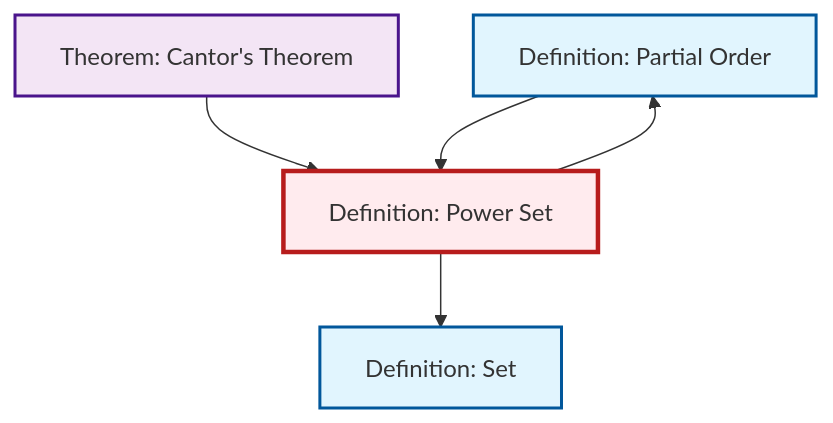
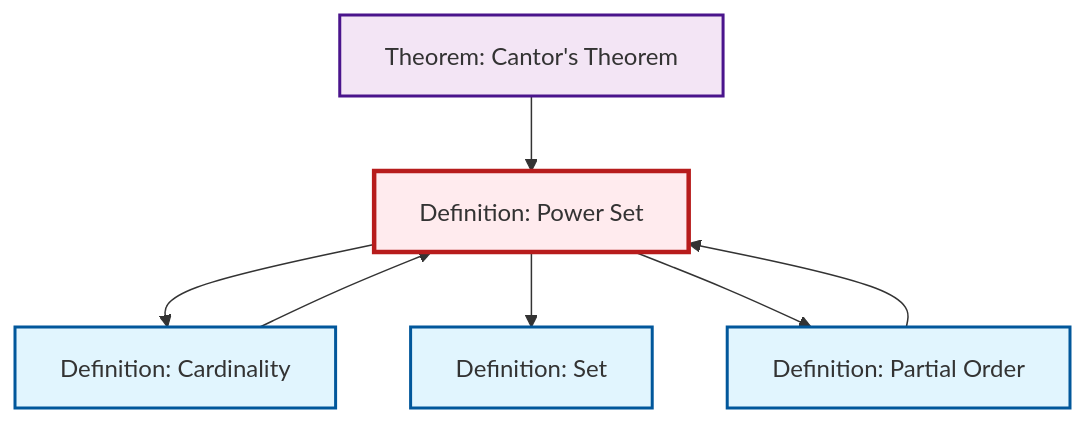
Before and after one commit to RK0429/ModernMath: the second of 2 diagrams in content/ja/logic-set-theory/def-power-set.qmd, drawn with Mermaid. The commit also changed 581 other files, not shown here.

````diff
--- a/content/ja/logic-set-theory/def-power-set.qmd
+++ b/content/ja/logic-set-theory/def-power-set.qmd
@@ -70,21 +70,25 @@
 ```{mermaid}
 %%| fig-cap: "Local dependency graph"
 graph TD
     classDef definition fill:#e1f5fe,stroke:#01579b,stroke-width:2px
     classDef theorem fill:#f3e5f5,stroke:#4a148c,stroke-width:2px
     classDef axiom fill:#fff3e0,stroke:#e65100,stroke-width:2px
     classDef example fill:#e8f5e9,stroke:#1b5e20,stroke-width:2px
     classDef current fill:#ffebee,stroke:#b71c1c,stroke-width:3px
+    thm-cantor["Theorem: Cantor's Theorem"]:::theorem
     def-partial-order["Definition: Partial Order"]:::definition
     def-power-set["Definition: Power Set"]:::definition
+    def-cardinality["Definition: Cardinality"]:::definition
     def-set["Definition: Set"]:::definition
-    thm-cantor["Theorem: Cantor's Theorem"]:::theorem
+    def-cardinality --> def-power-set
     thm-cantor --> def-power-set
-    def-partial-order --> def-power-set
+    def-power-set --> def-cardinality
     def-power-set --> def-set
     def-power-set --> def-partial-order
+    def-partial-order --> def-power-set
     class def-power-set current
+    click thm-cantor "thm-cantor.html" "Theorem: Cantor's Theoremへ"
     click def-partial-order "def-partial-order.html" "Definition: Partial Orderへ"
+    click def-cardinality "def-cardinality.html" "Definition: Cardinalityへ"
     click def-set "def-set.html" "Definition: Setへ"
-    click thm-cantor "thm-cantor.html" "Theorem: Cantor's Theoremへ"
 ```
````
